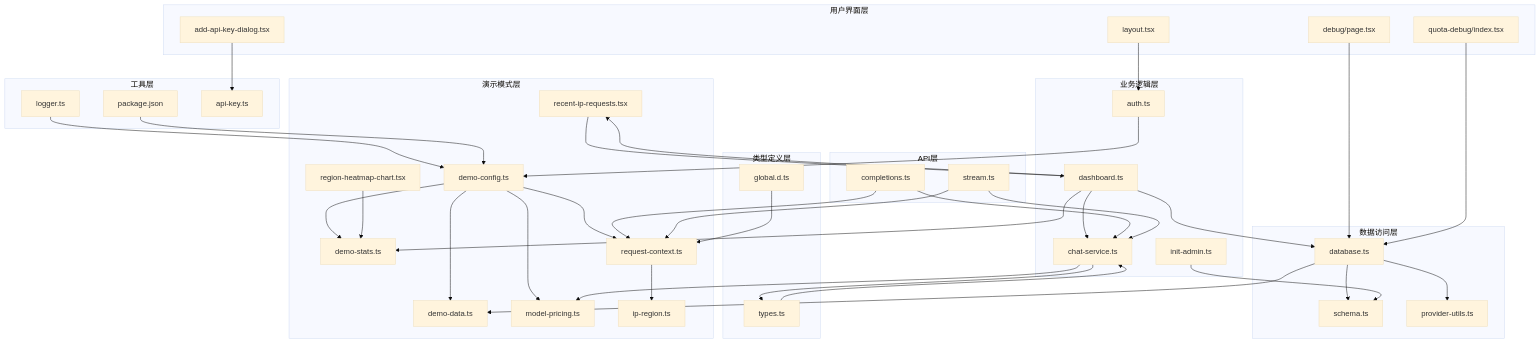
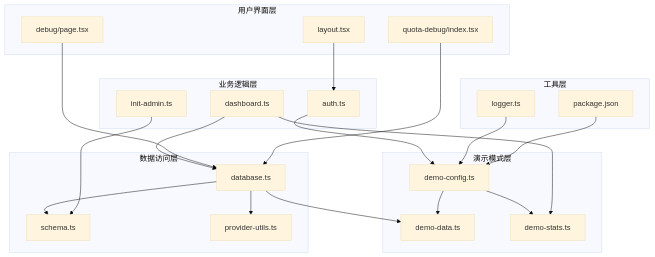
One commit to RadiumAg/AIGate changed the eighth of 8 diagrams in .qoder/repowiki/zh/content/核心功能/演示模式系统.md. Above: the diagram before and after it, drawn with Mermaid (base theme). The commit also changed other lines of this file and 15 other files, not shown here.

````diff
--- a/.qoder/repowiki/zh/content/核心功能/演示模式系统.md
+++ b/.qoder/repowiki/zh/content/核心功能/演示模式系统.md
@@ -694,73 +468,41 @@
 ```mermaid
 graph TB
 subgraph "演示模式层"
 DC[demo-config.ts]
 DD[demo-data.ts]
 DS[demo-stats.ts]
-RHC[region-heatmap-chart.tsx]
-MP[model-pricing.ts]
-RIR[recent-ip-requests.tsx]
-RC[request-context.ts]
-IR[ip-region.ts]
 end
 subgraph "数据访问层"
 DB[database.ts]
 SC[schema.ts]
 PU[provider-utils.ts]
 end
 subgraph "业务逻辑层"
 DR[dashboard.ts]
 AU[auth.ts]
 IL[init-admin.ts]
-CS[chat-service.ts]
-end
-subgraph "API层"
-CPT[completions.ts]
-STR[stream.ts]
-end
-subgraph "类型定义层"
-GT[global.d.ts]
-TS[types.ts]
 end
 subgraph "用户界面层"
 DP[debug/page.tsx]
 QD[quota-debug/index.tsx]
 LYT[layout.tsx]
-AKD[add-api-key-dialog.tsx]
 end
 subgraph "工具层"
 PKG[package.json]
 LG[logger.ts]
-TK[api-key.ts]
 end
 DC --> DD
 DC --> DS
-DC --> MP
-DC --> RC
-RC --> IR
 DB --> DD
 DB --> SC
 DB --> PU
 DR --> DB
 DR --> DS
-DR --> CS
-DR --> RIR
-CPT --> RC
-CPT --> CS
-STR --> RC
-STR --> CS
 AU --> DC
 IL --> SC
 DP --> DB
 QD --> DB
-CS --> MP
-CS --> TS
-AKD --> TK
 LYT --> AU
 LG --> DC
-RHC --> DS
-RIR --> DR
-GT --> RC
-TS --> CS
 PKG --> DC
 ```
````
